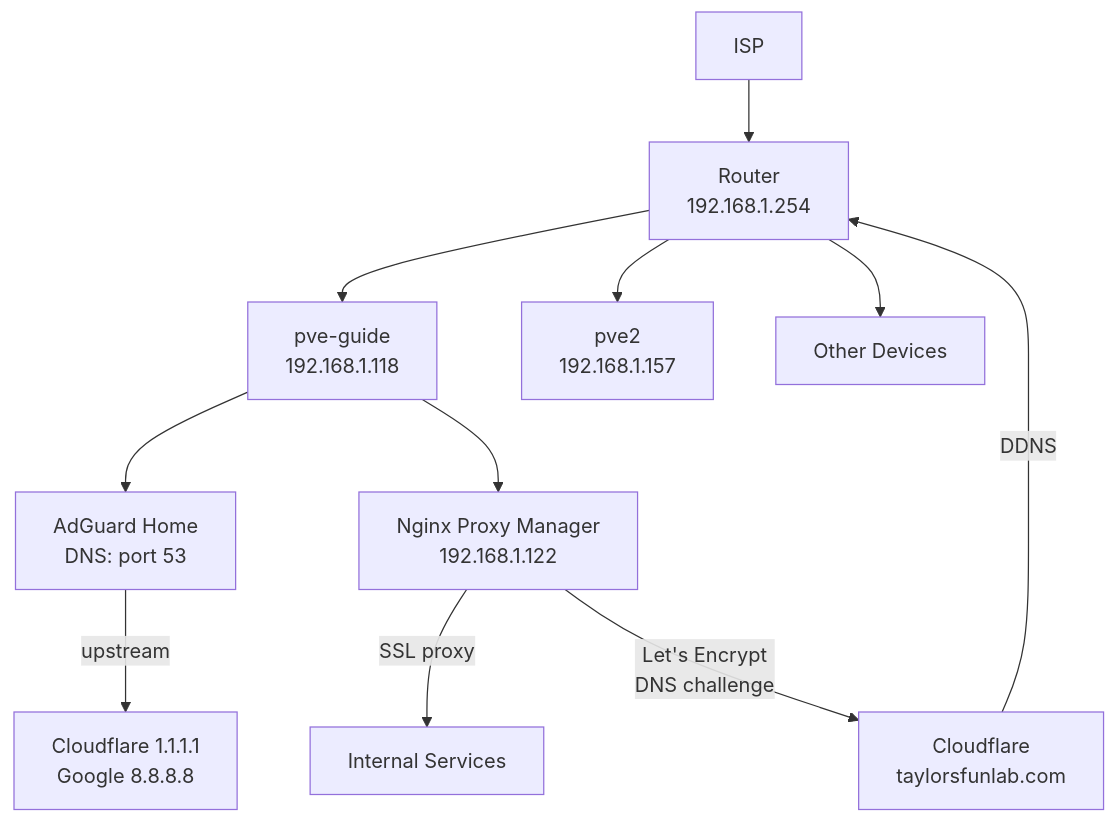
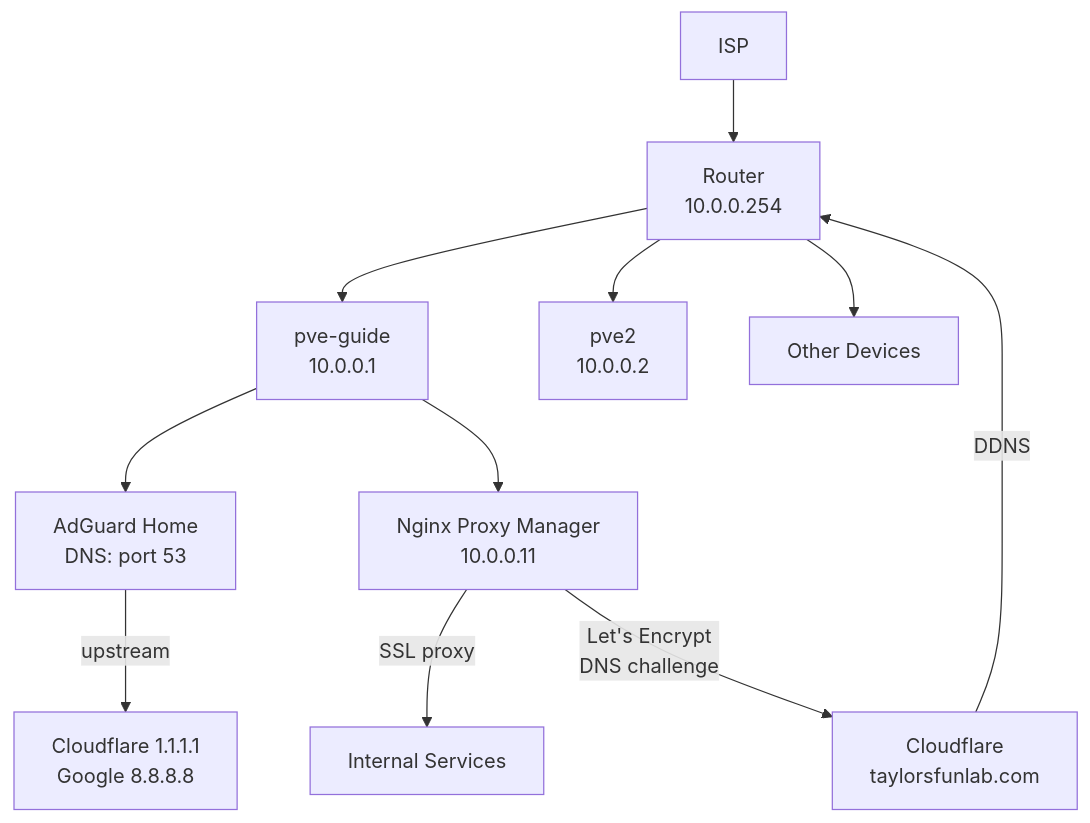
Before and after one commit to taylordbowers/homelab: the diagram in docs/infrastructure/network.md, drawn with Mermaid. The commit also changed other lines of this file and 10 other files, not shown here.

````diff
--- a/docs/infrastructure/network.md
+++ b/docs/infrastructure/network.md
@@ -7,13 +7,13 @@
 ```mermaid
 graph TD
-    ISP["ISP"] --> Router["Router\n192.168.1.254"]
-    Router --> PVE1["pve-guide\n192.168.1.118"]
-    Router --> PVE2["pve2\n192.168.1.157"]
+    ISP["ISP"] --> Router["Router\n10.0.0.254"]
+    Router --> PVE1["pve-guide\n10.0.0.1"]
+    Router --> PVE2["pve2\n10.0.0.2"]
     Router --> Devices["Other Devices"]
     PVE1 --> AG["AdGuard Home\nDNS: port 53"]
     AG -->|upstream| DNS["Cloudflare 1.1.1.1\nGoogle 8.8.8.8"]
-    PVE1 --> NPM["Nginx Proxy Manager\n192.168.1.122"]
+    PVE1 --> NPM["Nginx Proxy Manager\n10.0.0.11"]
     NPM -->|SSL proxy| Services["Internal Services"]
     CF["Cloudflare\ntaylorsfunlab.com"] -->|DDNS| Router
     NPM -->|Let's Encrypt\nDNS challenge| CF
 ```
````
